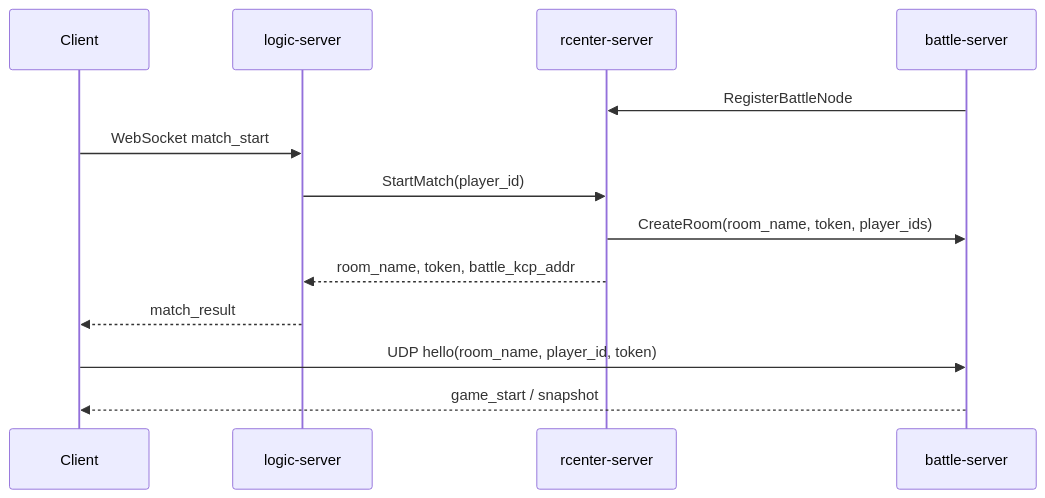
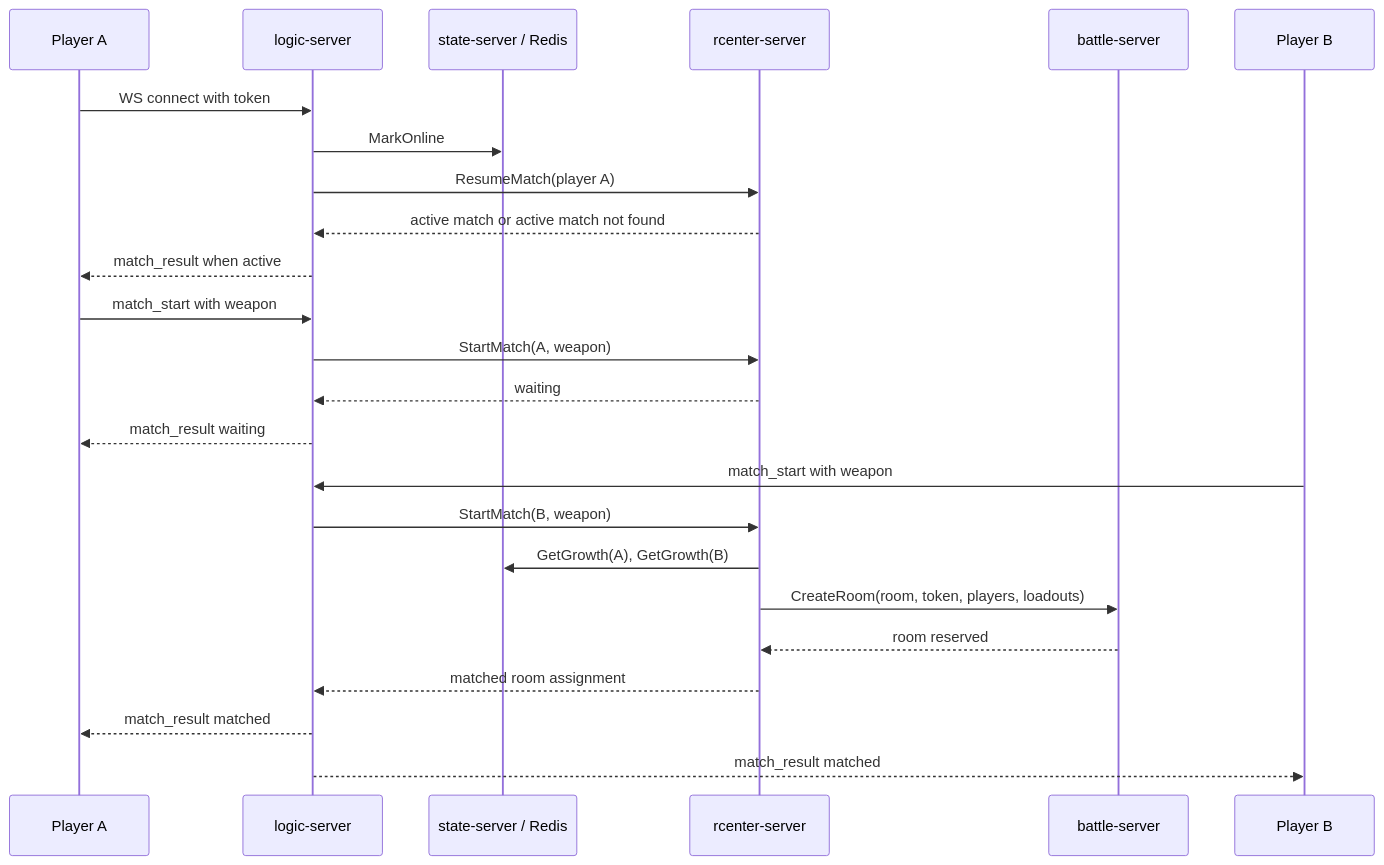
The third of 6 diagrams in docs/architecture.md (zzzhr666/server), drawn with Mermaid before and after one commit. The commit also changed other lines of this file and 3 other files, not shown here.

Commit message:
[docs] Document current game server architecture

````diff
--- a/docs/architecture.md
+++ b/docs/architecture.md
@@ -65,16 +75,27 @@
 ```mermaid
 sequenceDiagram
-    participant C as Client
+    participant C1 as Player A
     participant L as logic-server
+    participant S as state-server / Redis
     participant RC as rcenter-server
     participant B as battle-server
+    participant C2 as Player B
 
-    B->>RC: RegisterBattleNode
-    C->>L: WebSocket match_start
-    L->>RC: StartMatch(player_id)
-    RC->>B: CreateRoom(room_name, token, player_ids)
-    RC-->>L: room_name, token, battle_kcp_addr
-    L-->>C: match_result
-    C->>B: UDP hello(room_name, player_id, token)
-    B-->>C: game_start / snapshot
+    C1->>L: WS connect with token
+    L->>S: MarkOnline
+    L->>RC: ResumeMatch(player A)
+    RC-->>L: active match or active match not found
+    L-->>C1: match_result when active
+    C1->>L: match_start with weapon
+    L->>RC: StartMatch(A, weapon)
+    RC-->>L: waiting
+    L-->>C1: match_result waiting
+    C2->>L: match_start with weapon
+    L->>RC: StartMatch(B, weapon)
+    RC->>S: GetGrowth(A), GetGrowth(B)
+    RC->>B: CreateRoom(room, token, players, loadouts)
+    B-->>RC: room reserved
+    RC-->>L: matched room assignment
+    L-->>C1: match_result matched
+    L-->>C2: match_result matched
 ```
````
